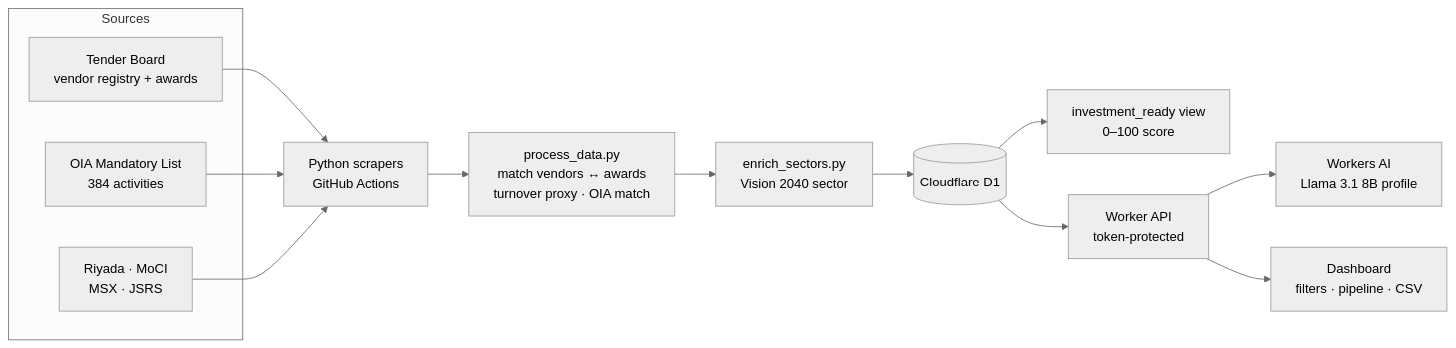
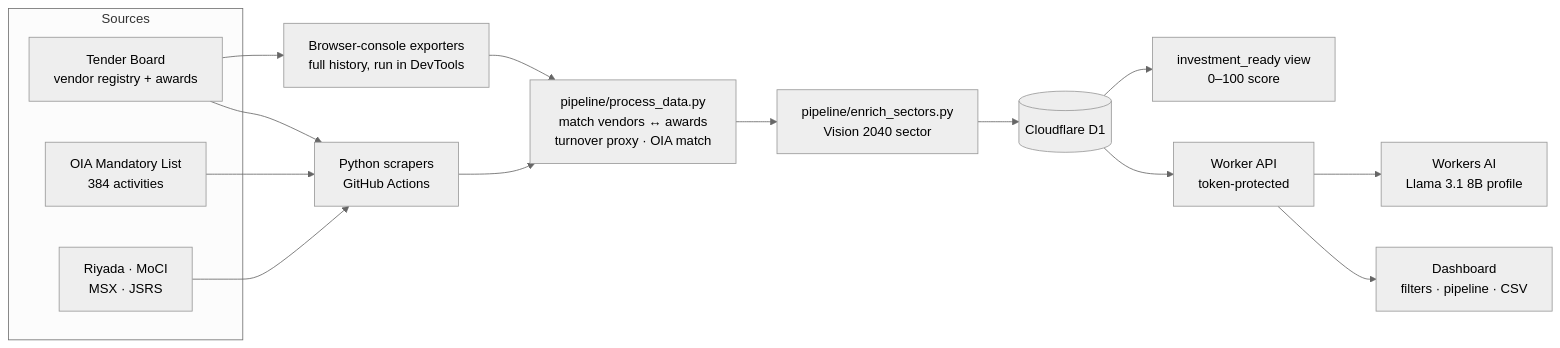
One commit to SudiptJethro/oman-sme-intelligence changed the diagram in README.md. Above: the diagram before and after it, drawn with Mermaid (neutral theme). The commit also changed other lines of this file, not shown here.

First line of the commit message:
Revise README for clarity on data collection and structure

````diff
--- a/README.md
+++ b/README.md
@@ -33,16 +33,17 @@
 ```mermaid
 flowchart LR
   subgraph Sources
     TB[Tender Board<br/>vendor registry + awards]
     OIA[OIA Mandatory List<br/>384 activities]
     O[Riyada · MoCI<br/>MSX · JSRS]
   end
+  TB --> C[Browser-console exporters<br/>full history, run in DevTools]
   TB & OIA & O --> S[Python scrapers<br/>GitHub Actions]
-  S --> P[process_data.py<br/>match vendors ↔ awards<br/>turnover proxy · OIA match]
-  P --> E[enrich_sectors.py<br/>Vision 2040 sector]
+  C & S --> P[pipeline/process_data.py<br/>match vendors ↔ awards<br/>turnover proxy · OIA match]
+  P --> E[pipeline/enrich_sectors.py<br/>Vision 2040 sector]
   E --> D1[(Cloudflare D1)]
   D1 --> V[investment_ready view<br/>0–100 score]
   D1 --> W[Worker API<br/>token-protected]
   W --> AI[Workers AI<br/>Llama 3.1 8B profile]
   W --> UI[Dashboard<br/>filters · pipeline · CSV]
 ```
````
